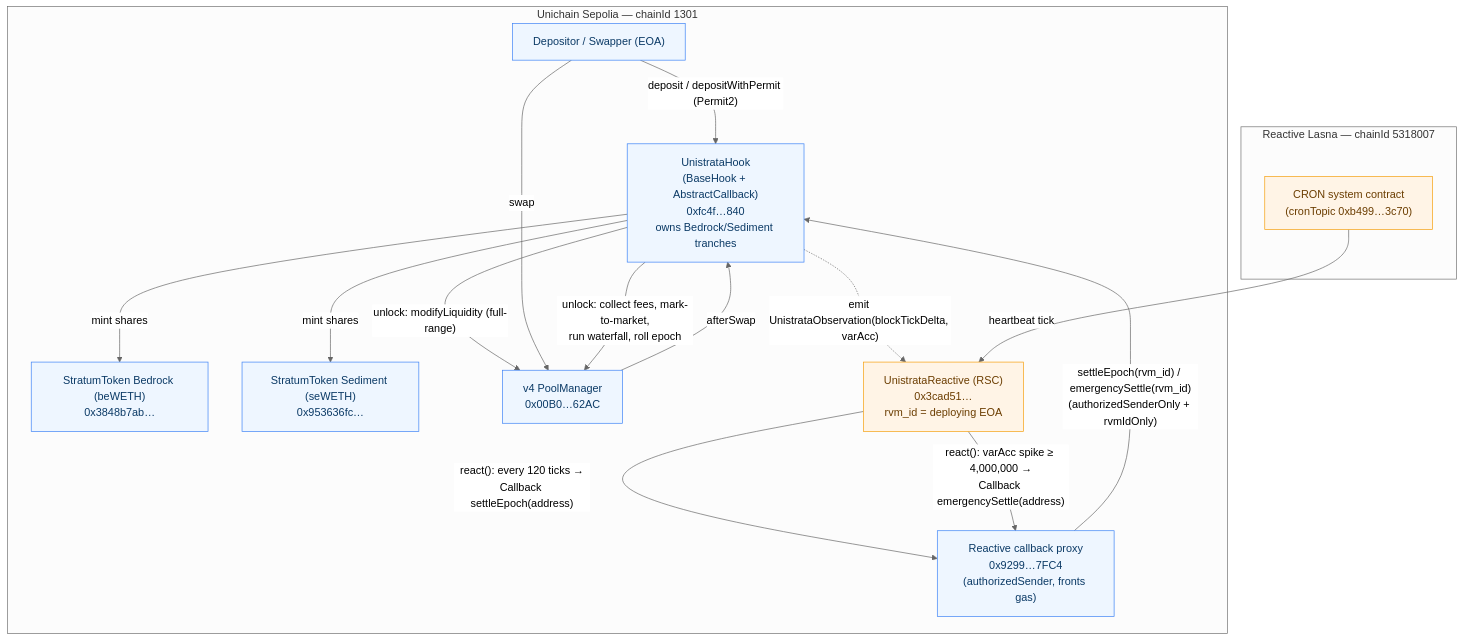
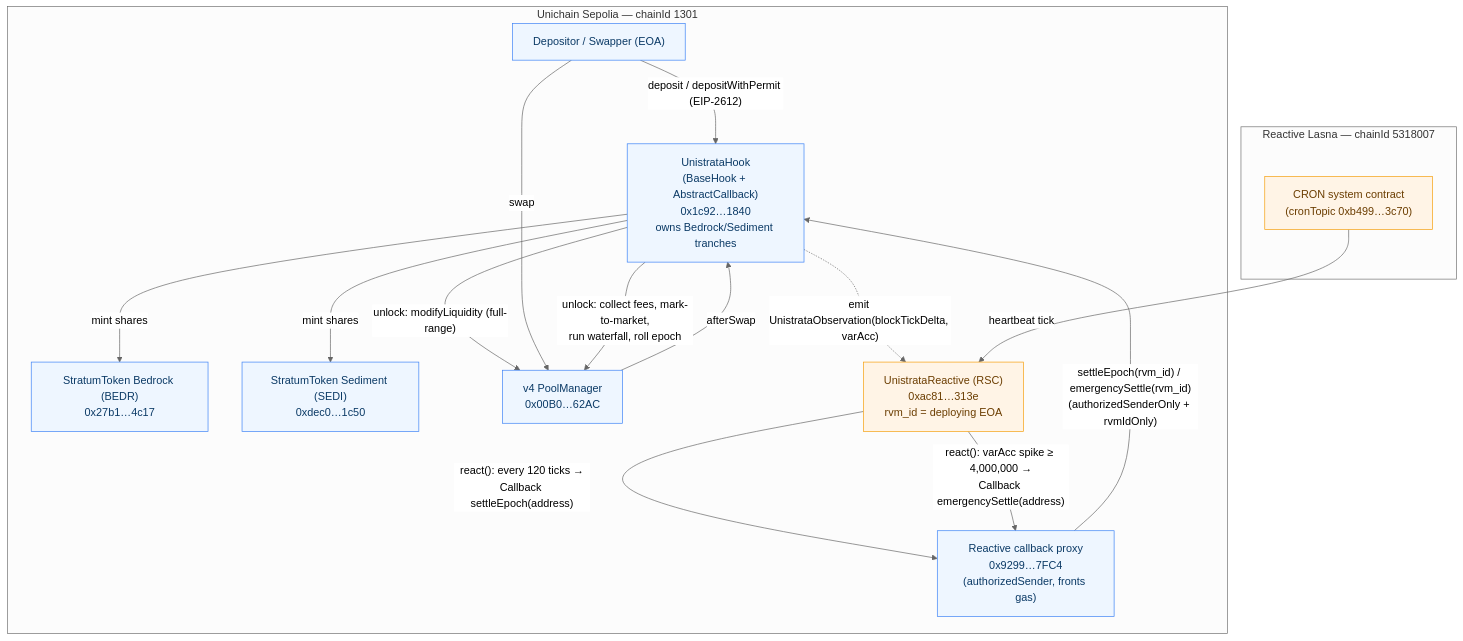
One commit to dadadave80/unistrata changed the diagram in README.md. Above: the diagram before and after it, drawn with Mermaid (neutral theme). The commit also changed other lines of this file and 1 other file, not shown here.

First line of the commit message:
docs(readme): add SVG banner, drop money-shot image, refresh to the live EIP-2612 deployment

````diff
--- a/README.md
+++ b/README.md
@@ -101,36 +101,36 @@
 ```mermaid
 flowchart TB
     subgraph US["Unichain Sepolia — chainId 1301"]
         depositor["Depositor / Swapper (EOA)"]
-        hook["UnistrataHook<br/>(BaseHook + AbstractCallback)<br/>0xfc4f…840<br/>owns Bedrock/Sediment tranches"]
-        be["StratumToken Bedrock (beWETH)<br/>0x3848b7ab…"]
-        se["StratumToken Sediment (seWETH)<br/>0x953636fc…"]
+        hook["UnistrataHook<br/>(BaseHook + AbstractCallback)<br/>0x1c92…1840<br/>owns Bedrock/Sediment tranches"]
+        be["StratumToken Bedrock (BEDR)<br/>0x27b1…4c17"]
+        se["StratumToken Sediment (SEDI)<br/>0xdec0…1c50"]
         pm["v4 PoolManager<br/>0x00B0…62AC"]
         proxy["Reactive callback proxy<br/>0x9299…7FC4<br/>(authorizedSender, fronts gas)"]
 
-        depositor -- "deposit / depositWithPermit (Permit2)" --> hook
+        depositor -- "deposit / depositWithPermit (EIP-2612)" --> hook
         hook -- "unlock: modifyLiquidity (full-range)" --> pm
         hook -- "mint shares" --> be
         hook -- "mint shares" --> se
         depositor -- "swap" --> pm
         pm -- "afterSwap" --> hook
         hook -. "emit UnistrataObservation(blockTickDelta, varAcc)" .-> rsc
     end
 
     subgraph LASNA["Reactive Lasna — chainId 5318007"]
         cron["CRON system contract<br/>(cronTopic 0xb499…3c70)"]
-        rsc["UnistrataReactive (RSC)<br/>0x3cad51…<br/>rvm_id = deploying EOA"]
+        rsc["UnistrataReactive (RSC)<br/>0xac81…313e<br/>rvm_id = deploying EOA"]
 
         cron -- "heartbeat tick" --> rsc
     end
 
     rsc -- "react(): every 120 ticks →<br/>Callback settleEpoch(address)" --> proxy
     rsc -- "react(): varAcc spike ≥ 4,000,000 →<br/>Callback emergencySettle(address)" --> proxy
     proxy -- "settleEpoch(rvm_id) / emergencySettle(rvm_id)<br/>(authorizedSenderOnly + rvmIdOnly)" --> hook
     hook -- "unlock: collect fees, mark-to-market,<br/>run waterfall, roll epoch" --> pm
 
     classDef chainUS fill:#eef6ff,stroke:#3b82f6,color:#0b3a66;
     classDef chainLA fill:#fff4e6,stroke:#f59e0b,color:#6b3d00;
     class depositor,hook,be,se,pm,proxy chainUS;
     class cron,rsc chainLA;
 ```
````
